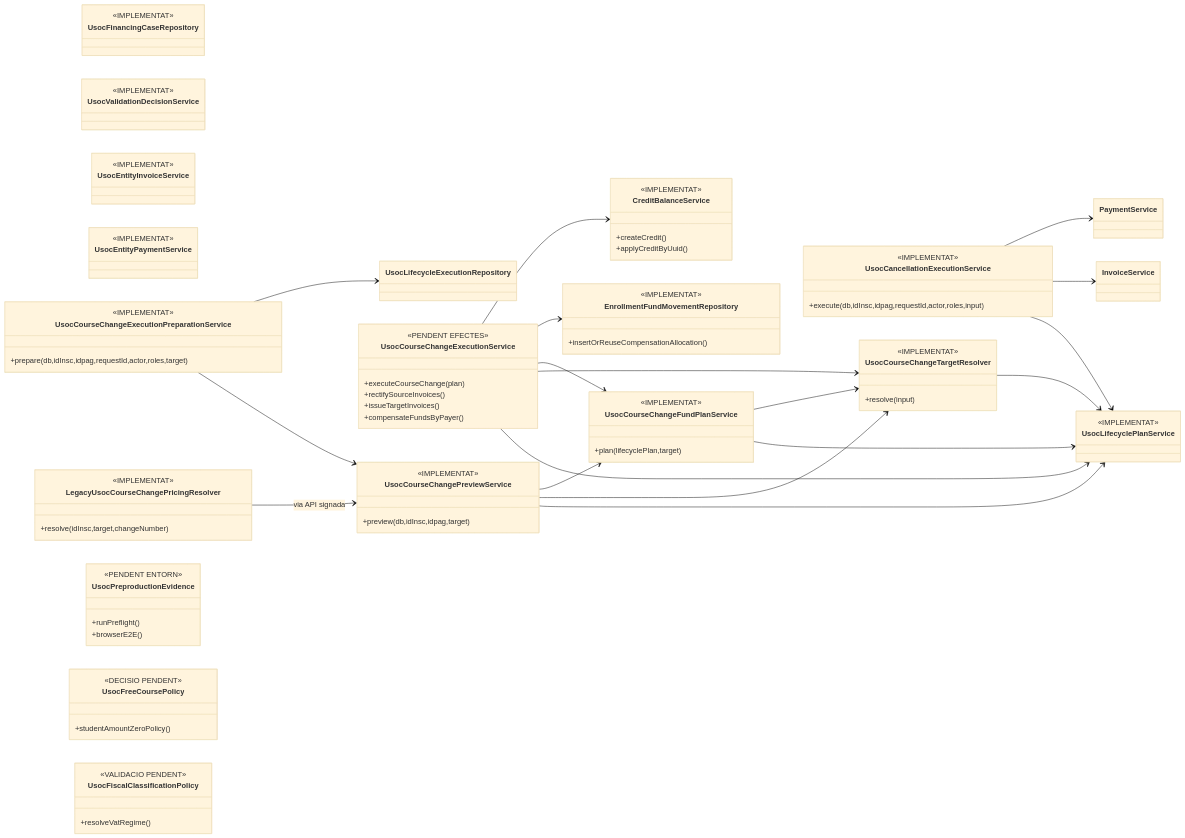
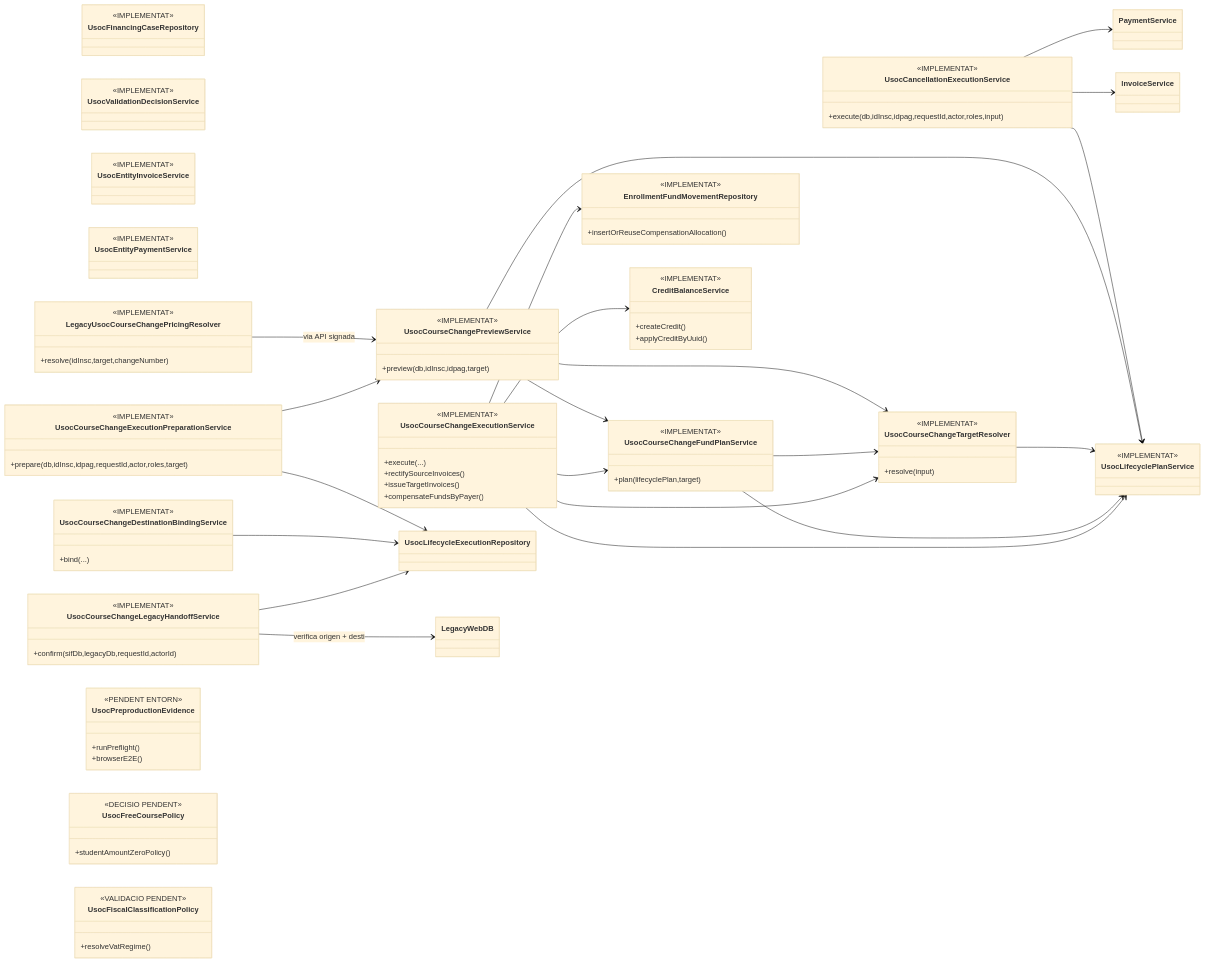
The fourth of 4 diagrams in documentacio/07-uml-integrat/uc-013-classes-actual-final.md (orgmeriemprismacat-del/verifactu), drawn with Mermaid (base theme) before and after one commit. The commit also changed other lines of this file, not shown here.

Commit message:
docs(UC-013): alinear classes amb handoff durable

```diff
--- a/documentacio/07-uml-integrat/uc-013-classes-actual-final.md
+++ b/documentacio/07-uml-integrat/uc-013-classes-actual-final.md
@@ -232,9 +232,17 @@
   <<IMPLEMENTAT>>
   +prepare(db,idInsc,idpag,requestId,actor,roles,target)
 }
+class UsocCourseChangeDestinationBindingService {
+  <<IMPLEMENTAT>>
+  +bind(...)
+}
+class UsocCourseChangeLegacyHandoffService {
+  <<IMPLEMENTAT>>
+  +confirm(sifDb,legacyDb,requestId,actorId)
+}
 class UsocCourseChangeExecutionService {
-  <<PENDENT EFECTES>>
-  +executeCourseChange(plan)
+  <<IMPLEMENTAT>>
+  +execute(...)
   +rectifySourceInvoices()
   +issueTargetInvoices()
   +compensateFundsByPayer()
@@ -273,6 +281,9 @@
 UsocCourseChangeFundPlanService --> UsocCourseChangeTargetResolver
 UsocCourseChangeExecutionPreparationService --> UsocCourseChangePreviewService
 UsocCourseChangeExecutionPreparationService --> UsocLifecycleExecutionRepository
+UsocCourseChangeDestinationBindingService --> UsocLifecycleExecutionRepository
+UsocCourseChangeLegacyHandoffService --> UsocLifecycleExecutionRepository
+UsocCourseChangeLegacyHandoffService --> LegacyWebDB : verifica origen + desti
 UsocCourseChangeExecutionService --> UsocLifecyclePlanService
 UsocCourseChangeExecutionService --> UsocCourseChangeTargetResolver
 UsocCourseChangeExecutionService --> UsocCourseChangeFundPlanService
```
